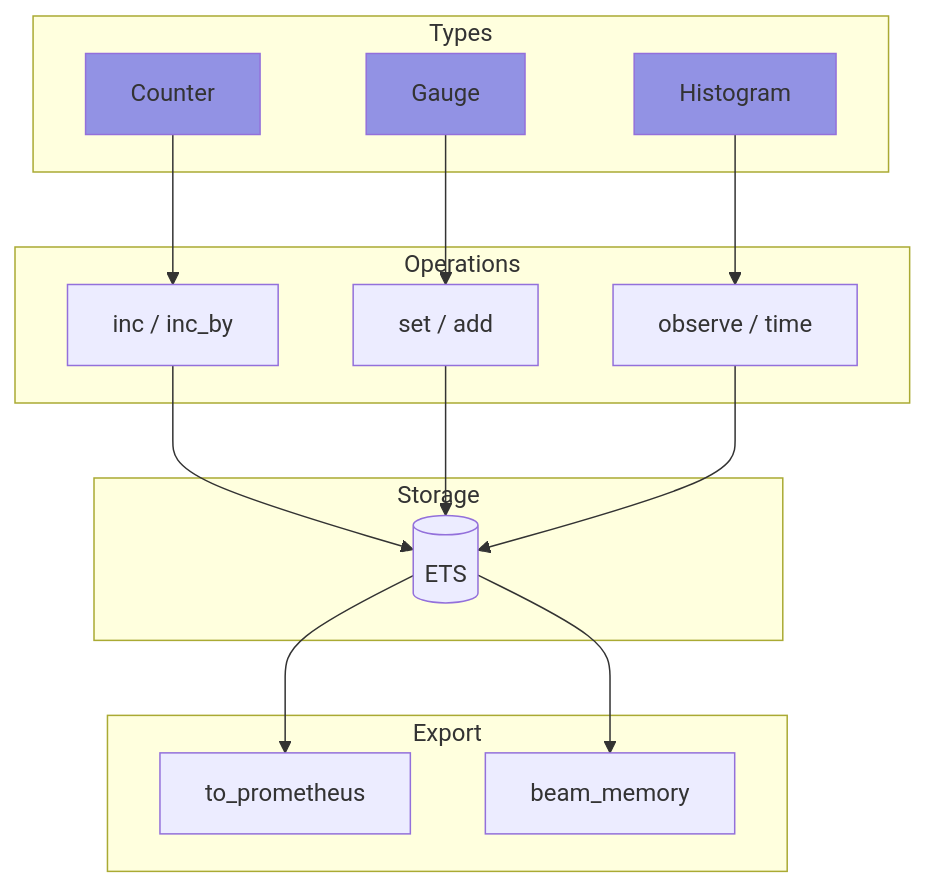
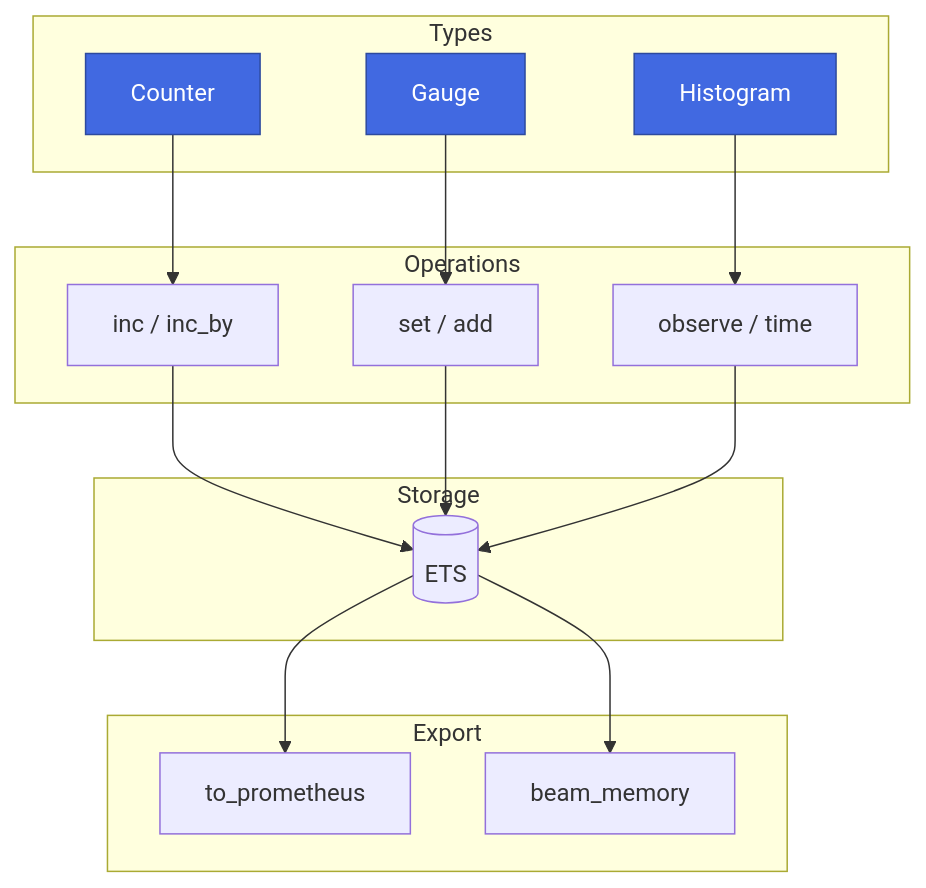
One commit to gabrielmaialva33/viva_telemetry changed the third of 5 diagrams in README.md. Above: the diagram before and after it, drawn with Mermaid. The commit also changed other lines of this file, not shown here.

First line of the commit message:
style: WCAG accessible colors in Mermaid diagrams

````diff
--- a/README.md
+++ b/README.md
@@ -157,29 +157,29 @@
 ```mermaid
 flowchart TB
     subgraph Types
         C[Counter]
         G[Gauge]
         H[Histogram]
     end
 
     subgraph Operations
         C --> INC[inc / inc_by]
         G --> SET[set / add]
         H --> OBS[observe / time]
     end
 
     subgraph Storage
         INC --> ETS[(ETS)]
         SET --> ETS
         OBS --> ETS
     end
 
     subgraph Export
         ETS --> PROM[to_prometheus]
         ETS --> BEAM[beam_memory]
     end
 
-    style C fill:#9292e4
-    style G fill:#9292e4
-    style H fill:#9292e4
+    style C fill:#4169E1,stroke:#2d4a9e,color:#fff
+    style G fill:#4169E1,stroke:#2d4a9e,color:#fff
+    style H fill:#4169E1,stroke:#2d4a9e,color:#fff
 ```
````
